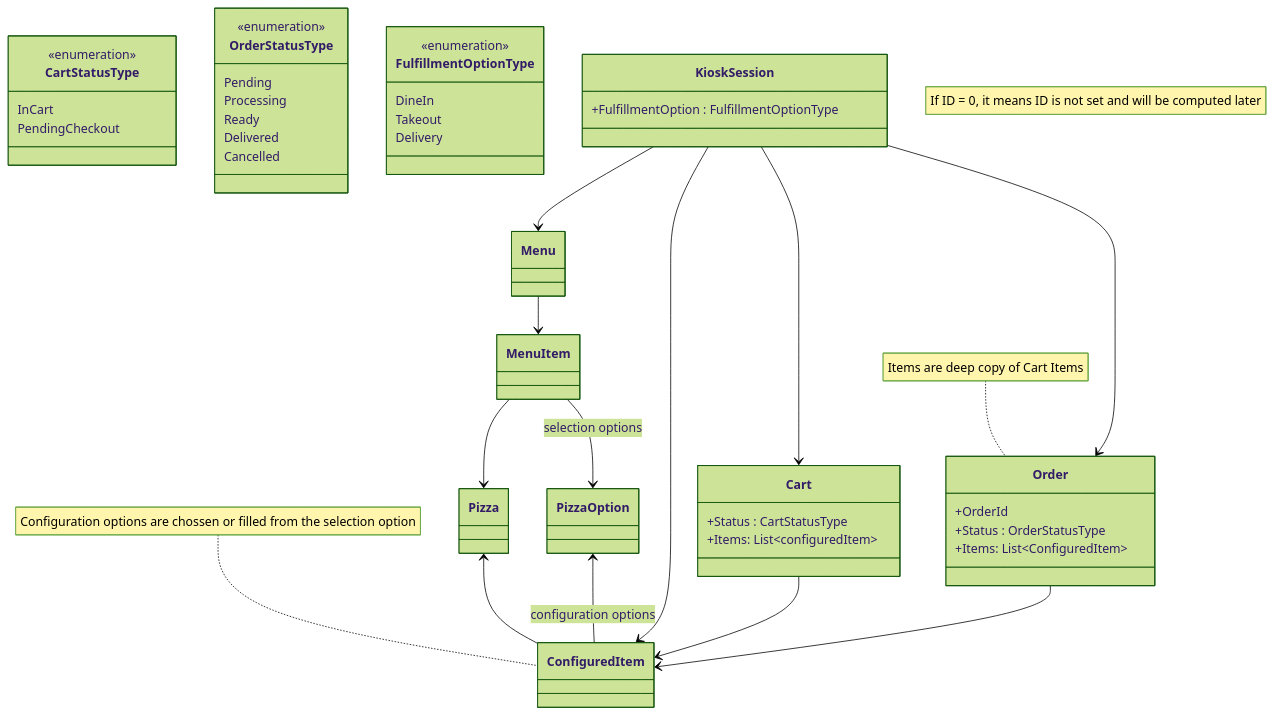
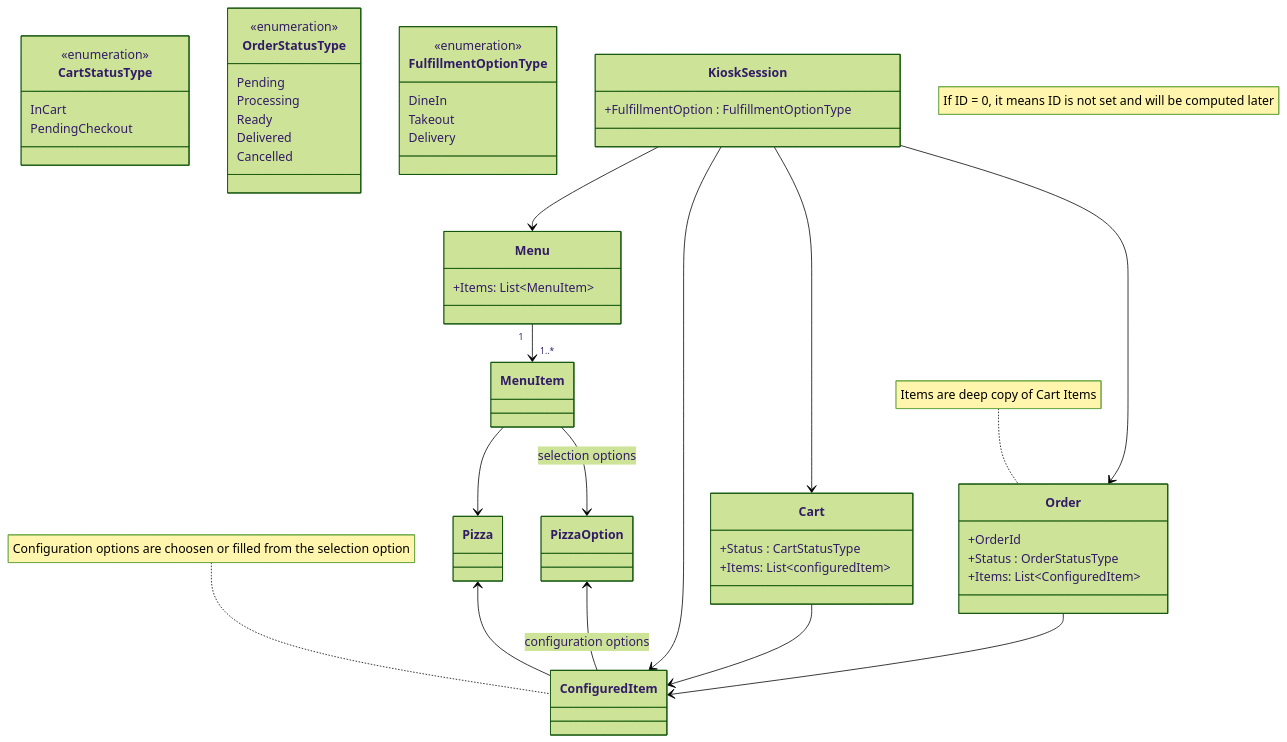
One commit to ekral/Utb.PizzaKiosk changed the diagram in README.md. Above: the diagram before and after it, drawn with Mermaid (forest theme).

````diff
--- a/README.md
+++ b/README.md
@@ -160,63 +160,65 @@
 ```mermaid
  classDiagram
    note "If ID = 0, it means ID is not set and will be computed later"
    %% direction LR
    class PizzaOption
    class Pizza
    class MenuItem
-   class Menu
+   class Menu{
+      +Items: List~MenuItem~
+   }
 
-   note for ConfiguredItem "Configuration options are chossen or filled from the selection option"
+   note for ConfiguredItem "Configuration options are choosen or filled from the selection option"
    class ConfiguredItem
 
    class CartStatusType{
       <<enumeration>>
       InCart
       PendingCheckout
    }
 
    class Cart{
       +Status : CartStatusType
       +Items: List~configuredItem~
    }
 
    class OrderStatusType{
       <<enumeration>>
       Pending
       Processing
       Ready
       Delivered
       Cancelled
    }
 
    note for Order "Items are deep copy of Cart Items"
 
    class Order{
       +OrderId
       +Status : OrderStatusType
       +Items: List~ConfiguredItem~
    }
 
    class FulfillmentOptionType{
       <<enumeration>>
       DineIn
       Takeout
       Delivery
    }
 
    class KioskSession{
       +FulfillmentOption : FulfillmentOptionType
    }
 
    MenuItem --> Pizza
    Pizza <-- ConfiguredItem
    MenuItem --> PizzaOption : selection options
    PizzaOption <-- ConfiguredItem : configuration options
-   Menu --> MenuItem
+   Menu "1"--> "1..*" MenuItem
    KioskSession --> Menu
    KioskSession  --> ConfiguredItem
    KioskSession  --> Cart
    KioskSession  --> Order
    Cart --> ConfiguredItem
    Order --> ConfiguredItem
 ```
````
